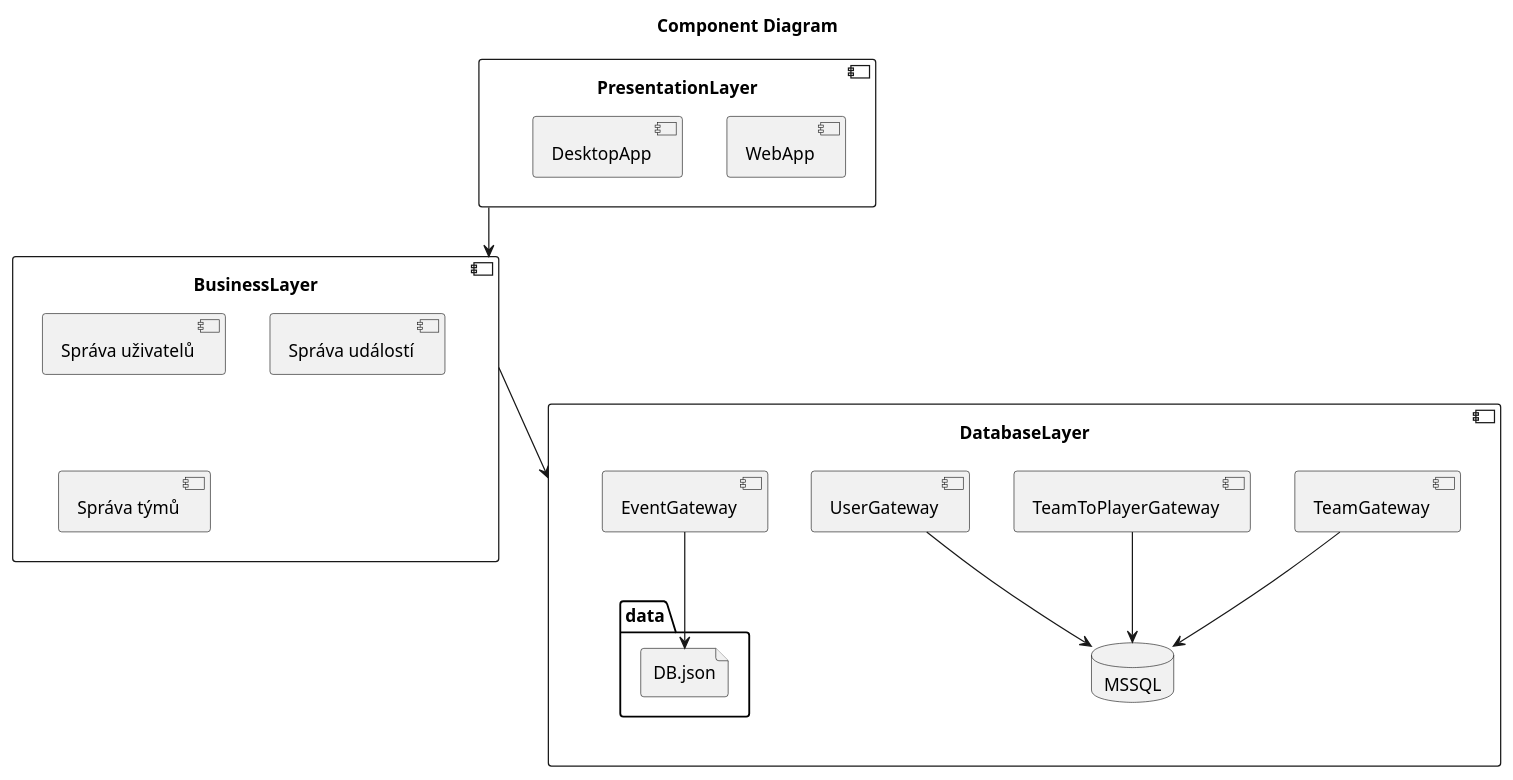
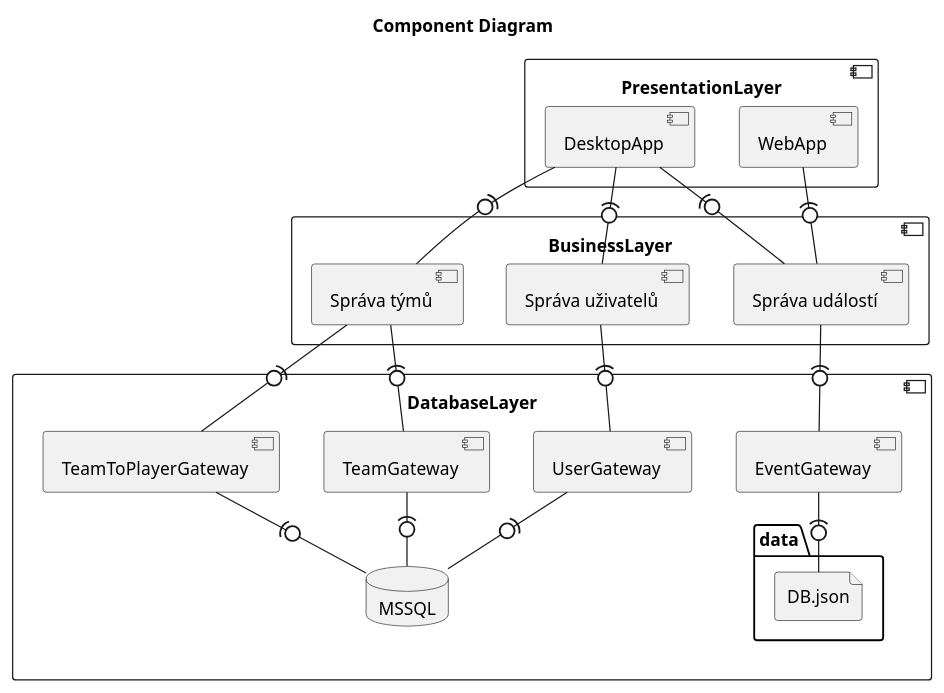
Before and after one commit to dminikm/EsportsIS: the diagram in ComponentDiagram.puml, drawn with PlantUML. The commit also changed 1 other file, not shown here.

Commit message:
Diagram changes

```diff
--- a/ComponentDiagram.puml
+++ b/ComponentDiagram.puml
@@ -1,40 +1,54 @@
 @startuml
 title Component Diagram
 
 component "PresentationLayer" as PL {
-    component WebApp
-    component DesktopApp
+    component "WebApp" as WA
+    component "DesktopApp" as DA
 }
 
 component "BusinessLayer" as BL {
     component "Správa uživatelů" as UM
     component "Správa událostí" as EM
     component "Správa týmů" as TM
 }
 
 component "DatabaseLayer" as DL {
     together {
         component "TeamGateway" as TG
         component "TeamToPlayerGateway" as TTPG
         component "UserGateway" as UG
         database MSSQL as DB
     }
     
     together {
     component "EventGateway" as EG
         folder data {
             file DB.json as JSONDB
         }
     }
-
-    TG --> DB
-    TTPG --> DB
-    UG --> DB
-
-    EG --> JSONDB
 }
 
-BL --> DL
-PL --> BL
+' Presentation to BusinessLayer
+DA -(0- UM
+DA -(0- EM
+DA -(0- TM
+
+WA -(0- EM
+
+' BusinessLayer to DatabaseLayer
+
+TM -(0- TG
+TM -(0- TTPG
+
+UM -(0- UG
+
+EM -(0- EG
+
+' DatabaseLayer
+EG -(0- JSONDB
+
+TG -(0- DB
+TTPG -(0- DB
+UG -(0- DB
 
 @enduml
```
